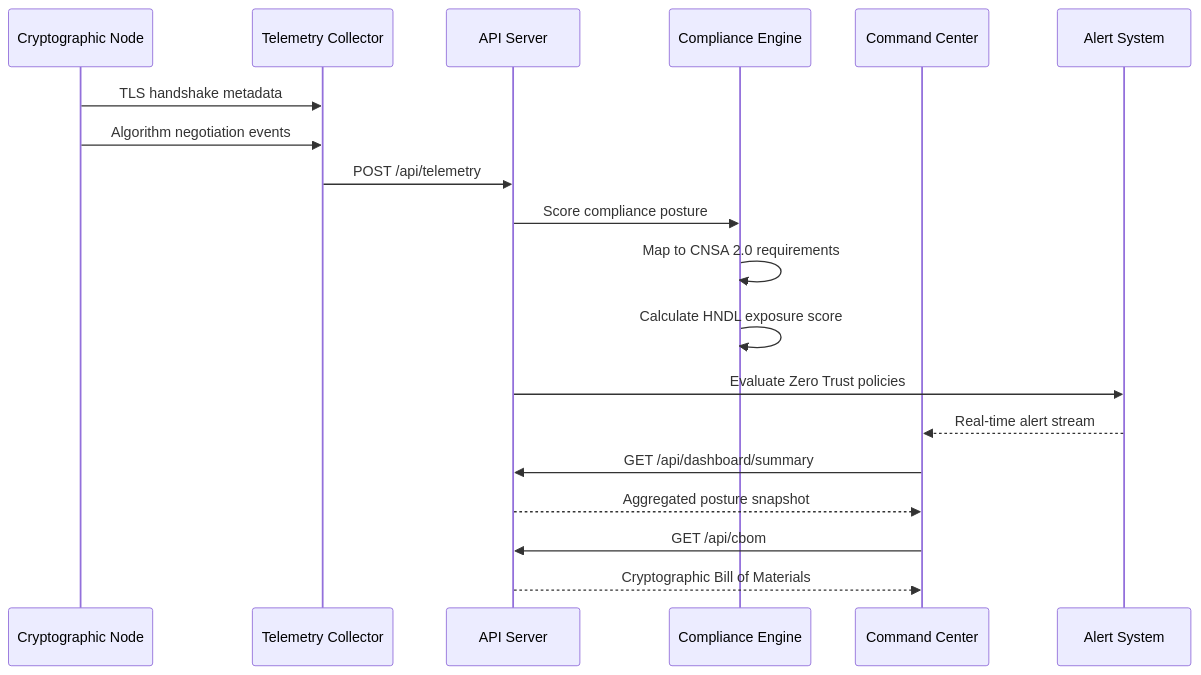
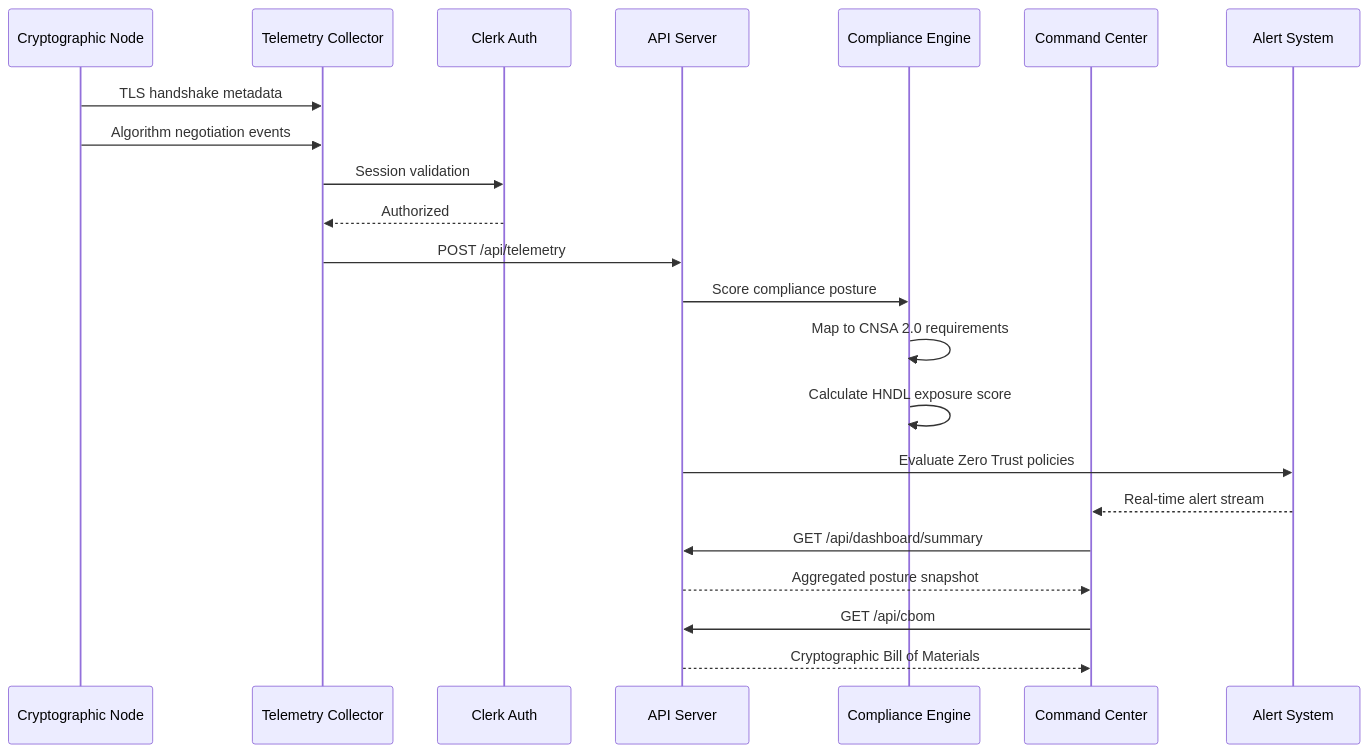
Before and after one commit to saisravan909/Quantum-Audit-for-Cryptographic-Modernization: the third of 8 diagrams in README.md, drawn with Mermaid. The commit also changed other lines of this file and 1 other file, not shown here.

````diff
--- a/README.md
+++ b/README.md
@@ -124,22 +202,25 @@
 ```mermaid
 sequenceDiagram
     participant Node as Cryptographic Node
     participant Collector as Telemetry Collector
+    participant Auth as Clerk Auth
     participant API as API Server
     participant Engine as Compliance Engine
     participant UI as Command Center
     participant Alert as Alert System
 
     Node->>Collector: TLS handshake metadata
     Node->>Collector: Algorithm negotiation events
+    Collector->>Auth: Session validation
+    Auth-->>Collector: Authorized
     Collector->>API: POST /api/telemetry
     API->>Engine: Score compliance posture
     Engine->>Engine: Map to CNSA 2.0 requirements
     Engine->>Engine: Calculate HNDL exposure score
     API->>Alert: Evaluate Zero Trust policies
     Alert-->>UI: Real-time alert stream
     UI->>API: GET /api/dashboard/summary
     API-->>UI: Aggregated posture snapshot
     UI->>API: GET /api/cbom
     API-->>UI: Cryptographic Bill of Materials
 ```
````
